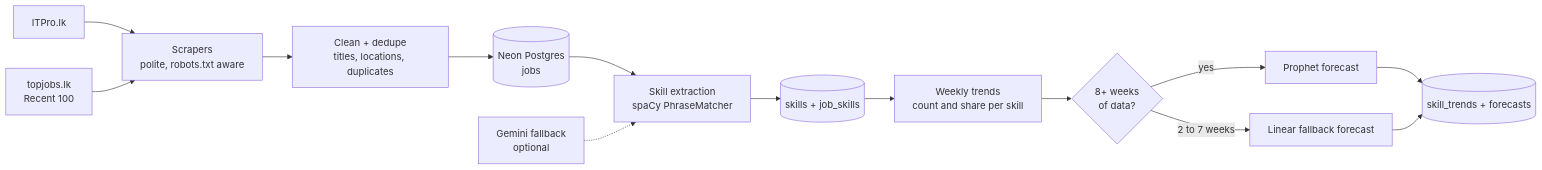
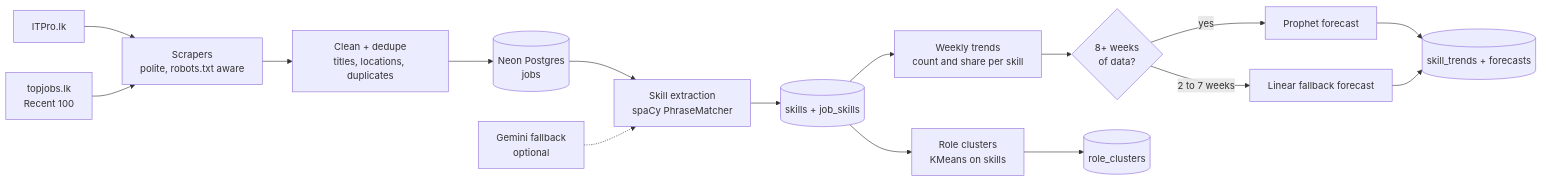
Before and after one commit to Dippy2003/job-market-intel: the diagram in README.md, drawn with Mermaid. The commit also changed other lines of this file and 8 other files, not shown here.

First line of the commit message:
Add role clustering from extracted skills.

````diff
--- a/README.md
+++ b/README.md
@@ -24,16 +24,18 @@
 ```mermaid
 flowchart LR
     A[ITPro.lk] --> S[Scrapers<br/>polite, robots.txt aware]
     B[topjobs.lk<br/>Recent 100] --> S
     S --> C[Clean + dedupe<br/>titles, locations, duplicates]
     C --> D[(Neon Postgres<br/>jobs)]
     D --> E[Skill extraction<br/>spaCy PhraseMatcher]
     G[Gemini fallback<br/>optional] -.-> E
     E --> F[(skills + job_skills)]
     F --> H[Weekly trends<br/>count and share per skill]
+    F --> M[Role clusters<br/>KMeans on skills]
     H --> I{8+ weeks<br/>of data?}
     I -- yes --> J[Prophet forecast]
     I -- "2 to 7 weeks" --> K[Linear fallback forecast]
     J --> L[(skill_trends + forecasts)]
     K --> L
+    M --> N[(role_clusters)]
 ```
````
